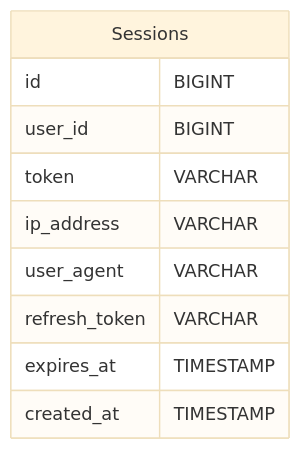
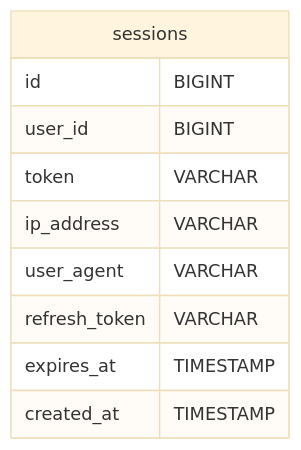
Before and after one commit to codeitlikemiley/arta-ecms-docs: the tenth of 41 diagrams in infrastructure/db-schema.mdx, drawn with Mermaid (base theme). The commit also changed other lines of this file and 34 other files, not shown here.

````diff
--- a/infrastructure/db-schema.mdx
+++ b/infrastructure/db-schema.mdx
@@ -228,13 +397,13 @@
-```mermaid
-erDiagram
-    Sessions {
-        id BIGINT
-        user_id BIGINT
-        token VARCHAR
-        ip_address VARCHAR
-        user_agent VARCHAR
-        refresh_token VARCHAR
-        expires_at TIMESTAMP
-        created_at TIMESTAMP
-    }
-```
+      ```mermaid
+      erDiagram
+          sessions {
+              id BIGINT
+              user_id BIGINT
+              token VARCHAR
+              ip_address VARCHAR
+              user_agent VARCHAR
+              refresh_token VARCHAR
+              expires_at TIMESTAMP
+              created_at TIMESTAMP
+          }
+      ```
````
